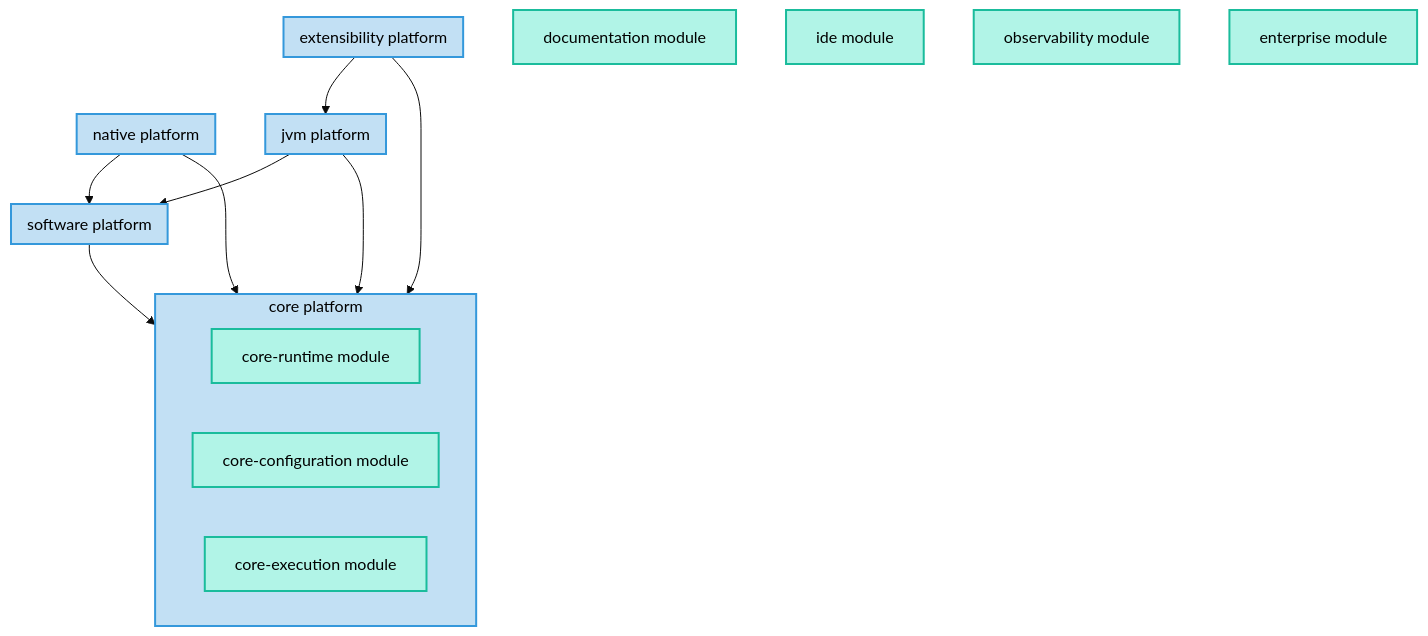
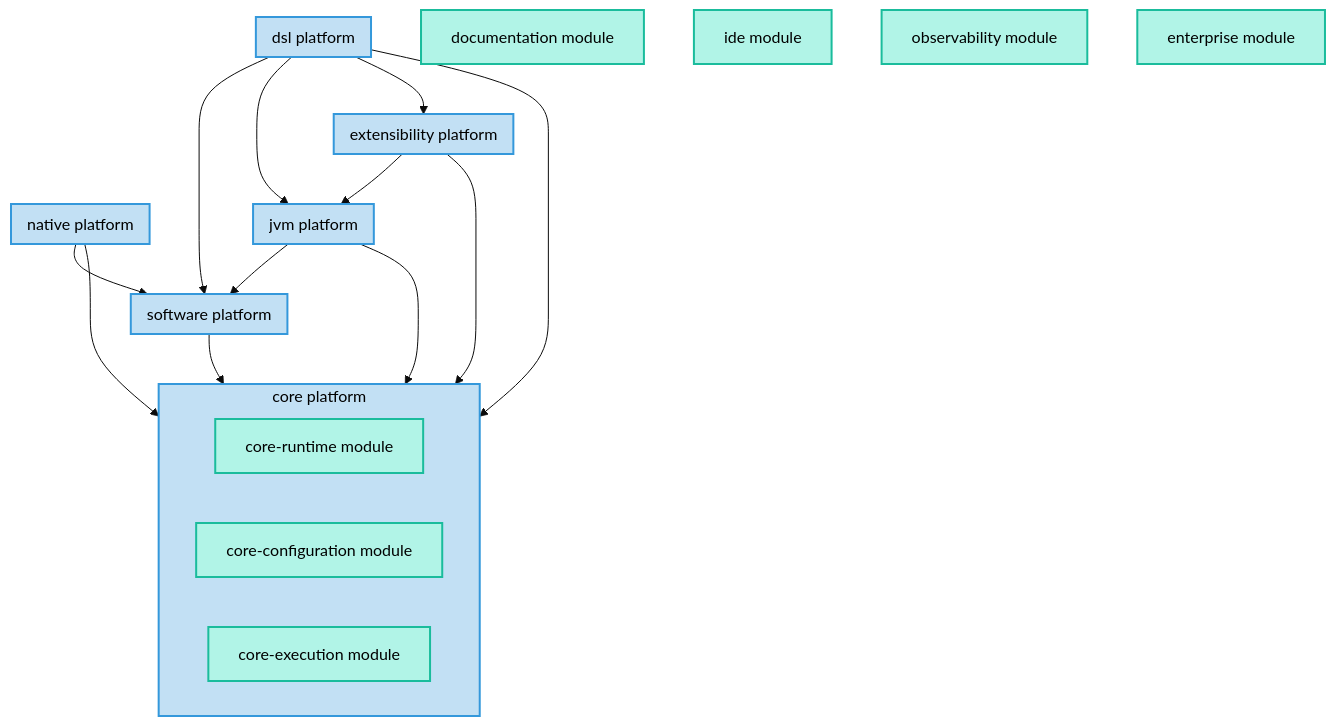
Before and after one commit to gradle/gradle: the diagram in architecture/platforms.md, drawn with Mermaid (base theme). The commit also changed other lines of this file and 484 other files, not shown here.

Commit message:
Move Kotlin DSL projects to dsl platform

````diff
--- a/architecture/platforms.md
+++ b/architecture/platforms.md
@@ -13,51 +13,59 @@
 ```mermaid
     graph TD
 
     subgraph core["core platform"]
 
         core_runtime["core-runtime module"]
         style core_runtime stroke:#1abc9c,fill:#b1f4e7,stroke-width:2px,color:#000;
 
         core_configuration["core-configuration module"]
         style core_configuration stroke:#1abc9c,fill:#b1f4e7,stroke-width:2px,color:#000;
 
         core_execution["core-execution module"]
         style core_execution stroke:#1abc9c,fill:#b1f4e7,stroke-width:2px,color:#000;
     end
     style core fill:#c2e0f4,stroke:#3498db,stroke-width:2px,color:#000;
 
     documentation["documentation module"]
     style documentation stroke:#1abc9c,fill:#b1f4e7,stroke-width:2px,color:#000;
 
     ide["ide module"]
     style ide stroke:#1abc9c,fill:#b1f4e7,stroke-width:2px,color:#000;
 
     observability["observability module"]
     style observability stroke:#1abc9c,fill:#b1f4e7,stroke-width:2px,color:#000;
 
     subgraph software["software platform"]
     end
     style software fill:#c2e0f4,stroke:#3498db,stroke-width:2px,color:#000;
     software --> core
 
     subgraph jvm["jvm platform"]
     end
     style jvm fill:#c2e0f4,stroke:#3498db,stroke-width:2px,color:#000;
     jvm --> core
     jvm --> software
 
     subgraph extensibility["extensibility platform"]
     end
     style extensibility fill:#c2e0f4,stroke:#3498db,stroke-width:2px,color:#000;
     extensibility --> core
     extensibility --> jvm
 
+    subgraph dsl["dsl platform"]
+    end
+    style dsl fill:#c2e0f4,stroke:#3498db,stroke-width:2px,color:#000;
+    dsl --> core
+    dsl --> software
+    dsl --> jvm
+    dsl --> extensibility
+
     subgraph native["native platform"]
     end
     style native fill:#c2e0f4,stroke:#3498db,stroke-width:2px,color:#000;
     native --> core
     native --> software
 
     enterprise["enterprise module"]
     style enterprise stroke:#1abc9c,fill:#b1f4e7,stroke-width:2px,color:#000;
 ```
````
